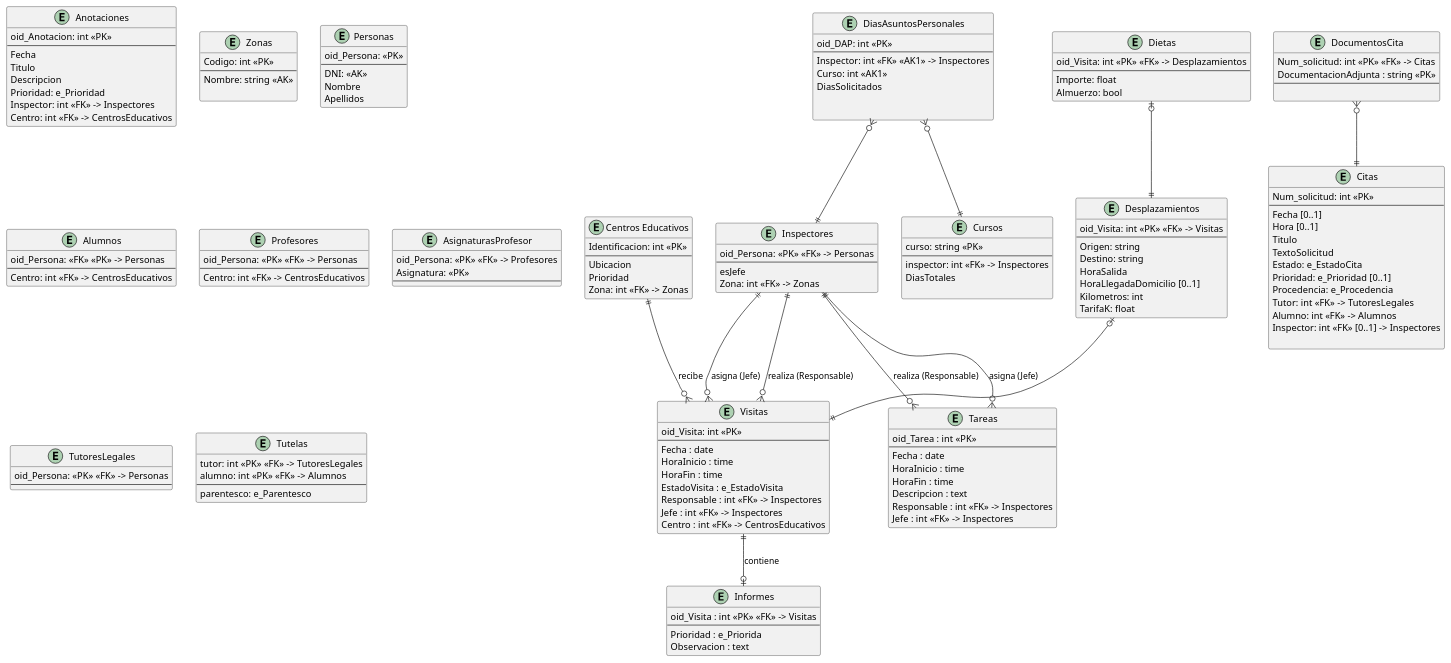
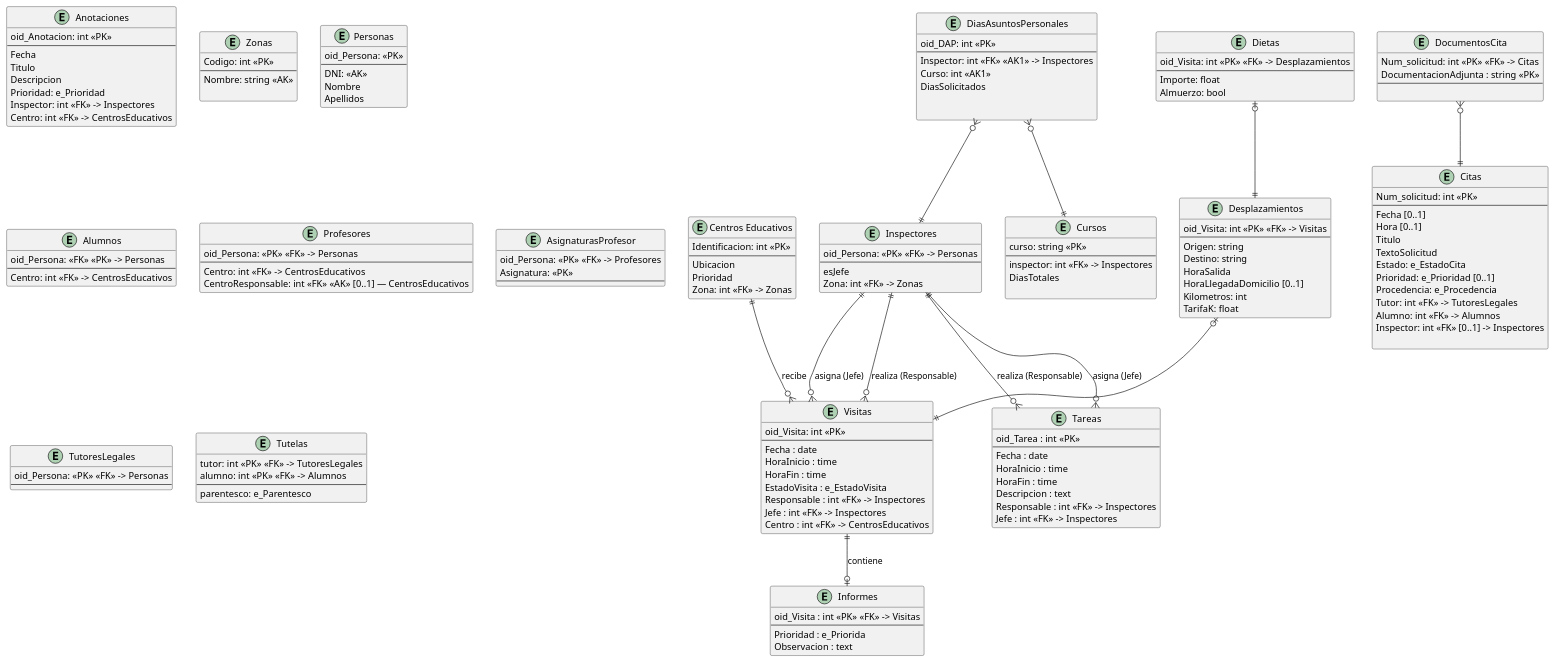
One commit to lorenzomaranon/ProyectoBD_Inspeccion_Educativa changed the diagram in modelado/modelado_relacional.puml. Above: the diagram before and after it, drawn with PlantUML.

Commit message:
Añade CentroResponsable a entidad profesor

```diff
--- a/modelado/modelado_relacional.puml
+++ b/modelado/modelado_relacional.puml
@@ -1,190 +1,191 @@
 @startuml modelado_relacional
 hide methods
 skinparam ClassAttributeIconSize 0
 
 
 entity "Centros Educativos" as CentrosEducativos {
     Identificacion: int <<PK>>
     --
     Ubicacion
     Prioridad
     Zona: int <<FK>> -> Zonas
 }
 
 
 entity DocumentosCita {
     Num_solicitud: int <<PK>> <<FK>> -> Citas
     DocumentacionAdjunta : string <<PK>>
     --
      
 }
 entity Citas {
     Num_solicitud: int <<PK>> 
     --
     Fecha [0..1]
     Hora [0..1]
     Titulo
     TextoSolicitud
     Estado: e_EstadoCita
     Prioridad: e_Prioridad [0..1]
     Procedencia: e_Procedencia
     Tutor: int <<FK>> -> TutoresLegales
     Alumno: int <<FK>> -> Alumnos
     Inspector: int <<FK>> [0..1] -> Inspectores
 
 }
 
 entity Anotaciones {
     oid_Anotacion: int <<PK>>
     --
     Fecha
     Titulo
     Descripcion
     Prioridad: e_Prioridad
     Inspector: int <<FK>> -> Inspectores
     Centro: int <<FK>> -> CentrosEducativos
 }
 
 
 
 entity Visitas {
     oid_Visita: int <<PK>>
     --
     Fecha : date
     HoraInicio : time
     HoraFin : time
     EstadoVisita : e_EstadoVisita
     Responsable : int <<FK>> -> Inspectores
     Jefe : int <<FK>> -> Inspectores
     Centro : int <<FK>> -> CentrosEducativos
 }
 
 entity Informes {
     oid_Visita : int <<PK>> <<FK>> -> Visitas
     --
     Prioridad : e_Priorida
     Observacion : text
 }
 
 entity Tareas {
     oid_Tarea : int <<PK>>
     --
     Fecha : date
     HoraInicio : time
     HoraFin : time
     Descripcion : text
     Responsable : int <<FK>> -> Inspectores
     Jefe : int <<FK>> -> Inspectores
 }
 
 
 
 entity Zonas {
     Codigo: int <<PK>>
     --
     Nombre: string <<AK>>
     
 }
 
 entity Personas {
     oid_Persona: <<PK>>
     --
     DNI: <<AK>>
     Nombre
     Apellidos
 }
 
 entity Inspectores {
     oid_Persona: <<PK>> <<FK>> -> Personas
     --
     esJefe
     Zona: int <<FK>> -> Zonas
 }
 entity Alumnos {
     oid_Persona: <<FK>> <<PK>> -> Personas
     --
     Centro: int <<FK>> -> CentrosEducativos
 }
 
 entity Profesores {
     oid_Persona: <<PK>> <<FK>> -> Personas
     --
     Centro: int <<FK>> -> CentrosEducativos
+    CentroResponsable: int <<FK>> <<AK>> [0..1] — CentrosEducativos
 }
 
 entity AsignaturasProfesor {
     oid_Persona: <<PK>> <<FK>> -> Profesores
     Asignatura: <<PK>>
     --
 }
 
 entity TutoresLegales {
     oid_Persona: <<PK>> <<FK>> -> Personas
     --
 }
 
 entity Tutelas {
     tutor: int <<PK>> <<FK>> -> TutoresLegales
     alumno: int <<PK>> <<FK>> -> Alumnos
     --
     parentesco: e_Parentesco
 }
 
 Inspectores ||--o{ Visitas : realiza (Responsable)
 Inspectores ||--o{ Visitas : asigna (Jefe)
 Inspectores ||--o{ Tareas : realiza (Responsable)
 Inspectores ||--o{ Tareas : asigna (Jefe)
 CentrosEducativos ||--o{ Visitas : recibe
 Visitas ||--o| Informes : contiene
 
 
 entity Desplazamientos {
     oid_Visita: int <<PK>> <<FK>> -> Visitas
     --
     Origen: string
     Destino: string
     HoraSalida
     HoraLlegadaDomicilio [0..1]
     Kilometros: int
     TarifaK: float
 }
 
 
 entity Dietas {
     oid_Visita: int <<PK>> <<FK>> -> Desplazamientos
     --
     Importe: float
     Almuerzo: bool
 }
 
 
 Desplazamientos |o--||Visitas
 Dietas |o--||Desplazamientos
 
 
 entity DiasAsuntosPersonales {
     oid_DAP: int <<PK>>
     --
     Inspector: int <<FK>> <<AK1>> -> Inspectores
     Curso: int <<AK1>>
     DiasSolicitados
     
     
 }
 
 
 entity Cursos {
     curso: string <<PK>>
     --
     inspector: int <<FK>> -> Inspectores
     DiasTotales
 
 }
 
 DiasAsuntosPersonales }o--||Cursos
 DiasAsuntosPersonales }o--||Inspectores
 
 '------- ASOCIACIONES --------------------------------------
 DocumentosCita }o--|| Citas
 
 @enduml
```
